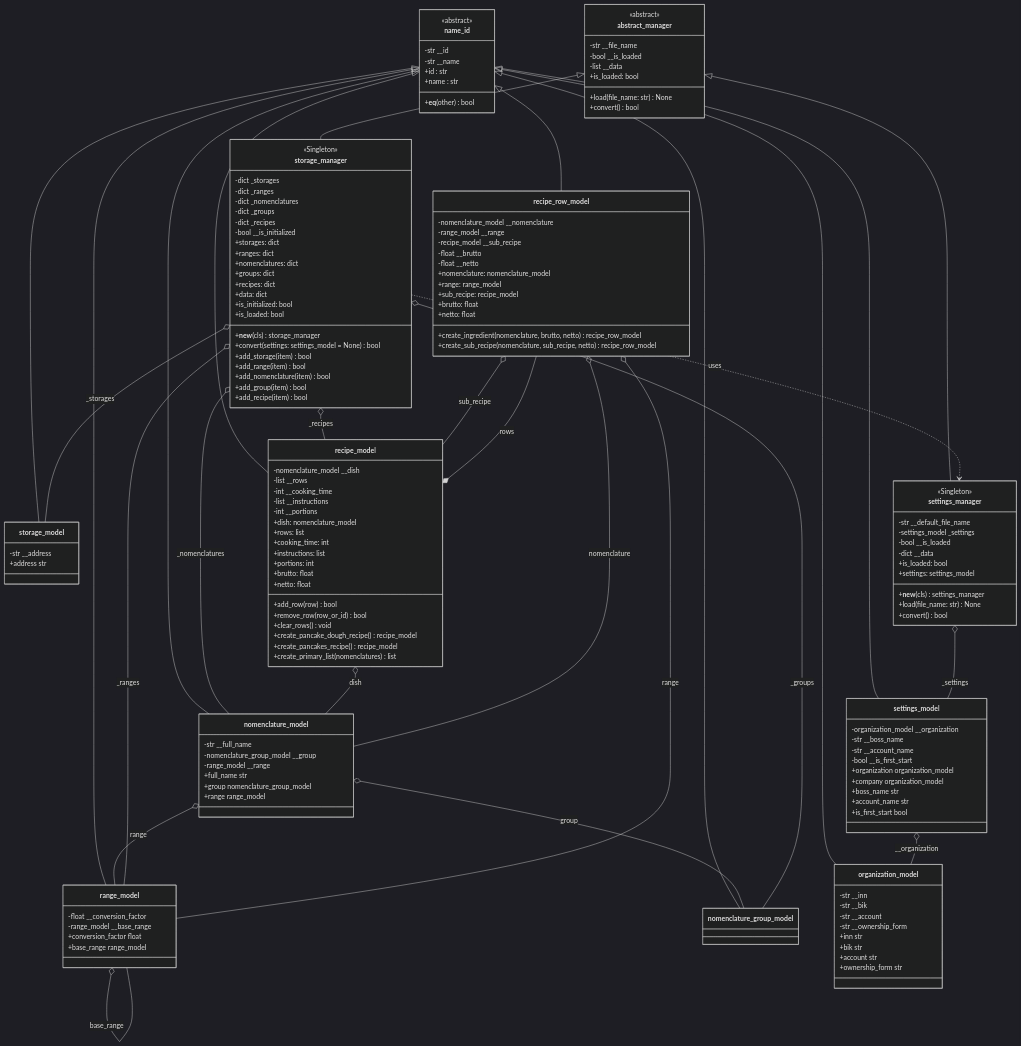
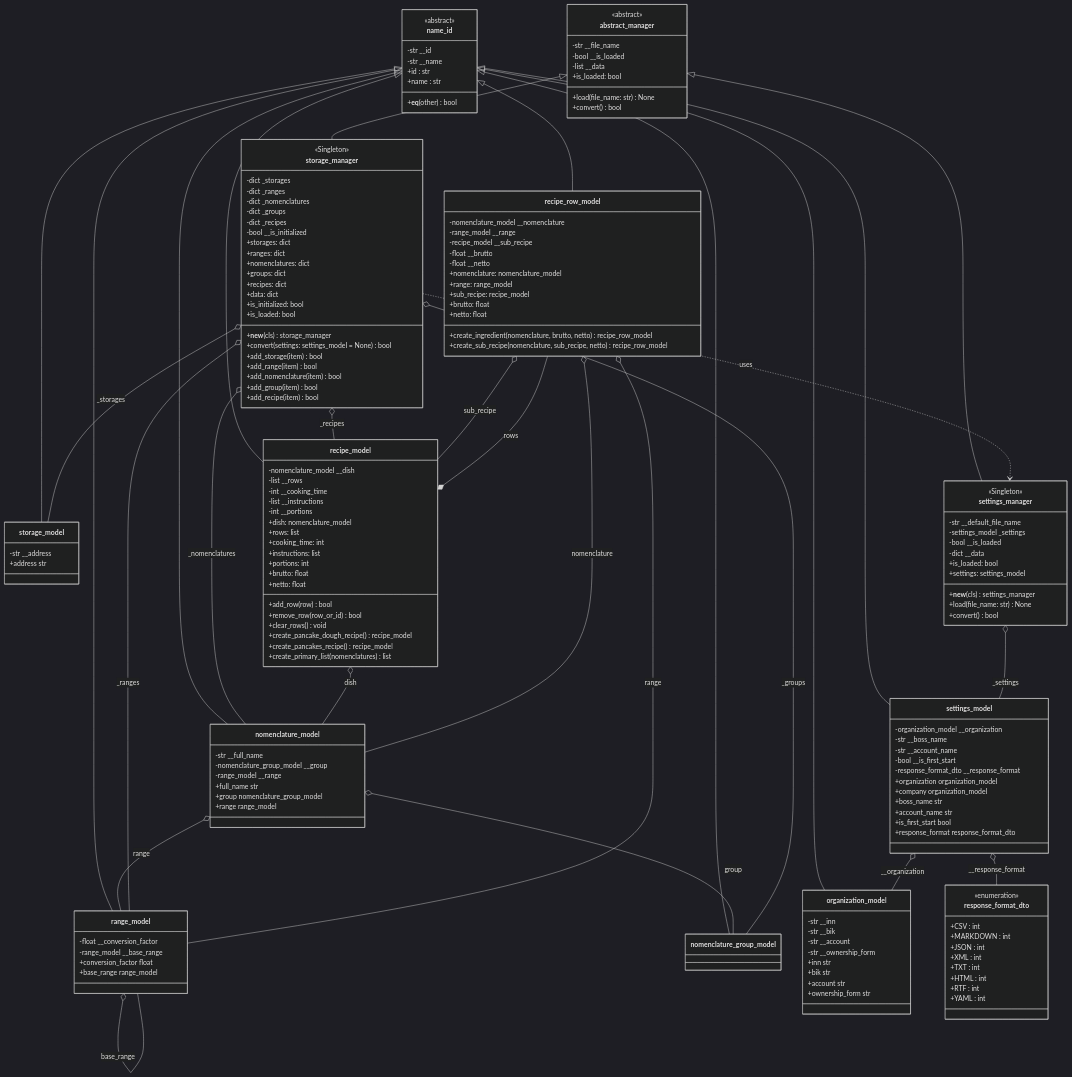
The diagram in Docs/Architecture.md (Turik06/Patterns_Suleymanov), drawn with Mermaid (dark theme) before and after one commit. The commit also changed other lines of this file and 2 other files, not shown here.

Commit message:
add ReportFactory UML diagrams and update architecture

````diff
--- a/Docs/Architecture.md
+++ b/Docs/Architecture.md
@@ -53,11 +53,25 @@
         -str __boss_name
         -str __account_name
         -bool __is_first_start
+        -response_format_dto __response_format
         +organization organization_model
         +company organization_model
         +boss_name str
         +account_name str
         +is_first_start bool
+        +response_format response_format_dto
+    }
+
+    class response_format_dto {
+        <<enumeration>>
+        +CSV : int
+        +MARKDOWN : int
+        +JSON : int
+        +XML : int
+        +TXT : int
+        +HTML : int
+        +RTF : int
+        +YAML : int
     }
 
     class abstract_manager {
@@ -174,6 +188,6 @@
     recipe_row_model o-- nomenclature_model : nomenclature
     recipe_row_model o-- range_model : range
     recipe_row_model o-- recipe_model : sub_recipe
-
     storage_manager ..> settings_manager : uses
+    settings_model o-- response_format_dto : __response_format
 ```
````
